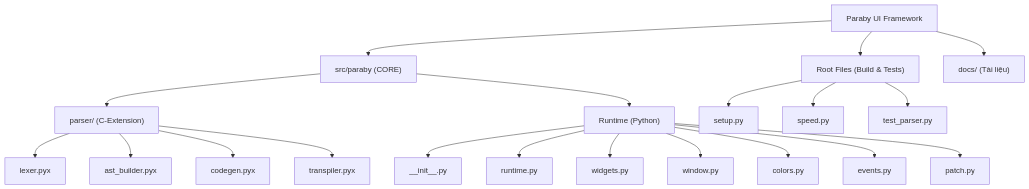
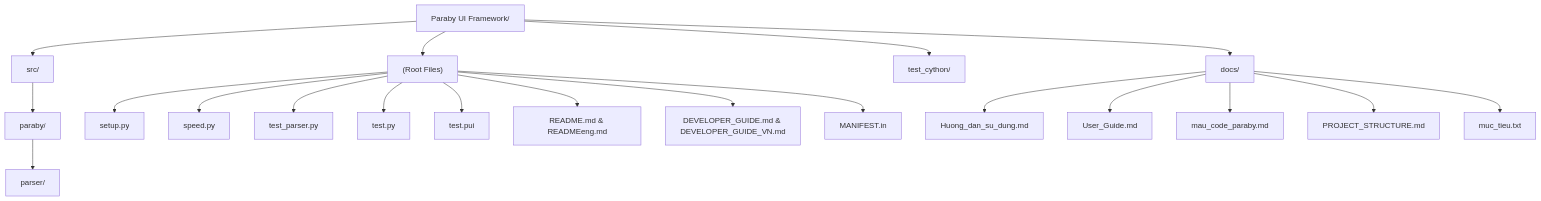
One commit to Nguyen-dev1506/Paraby-ui-framework changed the diagram in docs/PROJECT_STRUCTURE.md. Above: the diagram before and after it, drawn with Mermaid. The commit also changed other lines of this file, not shown here.

Commit message:
docs: Rewrite PROJECT_STRUCTURE.md to include all files with clickable links

````diff
--- a/docs/PROJECT_STRUCTURE.md
+++ b/docs/PROJECT_STRUCTURE.md
@@ -9,28 +9,29 @@
 ```mermaid
 graph TD
-    Root["Paraby UI Framework"]
+    Root["Paraby UI Framework/"]
     
-    Root --> Core["src/paraby (CORE)"]
-    Root --> Build["Root Files (Build & Tests)"]
-    Root --> Docs["docs/ (Tài liệu)"]
+    Root --> Core["src/"]
+    Root --> Docs["docs/"]
+    Root --> Tests["test_cython/"]
+    Root --> RootFiles["(Root Files)"]
     
-    Core --> Parser["parser/ (C-Extension)"]
-    Core --> Runtime["Runtime (Python)"]
+    Core --> paraby["paraby/"]
+    paraby --> parser["parser/"]
     
-    Parser --> lexer["lexer.pyx"]
-    Parser --> ast["ast_builder.pyx"]
-    Parser --> codegen["codegen.pyx"]
-    Parser --> transpiler["transpiler.pyx"]
+    %% Root Files
+    RootFiles --> setup["setup.py"]
+    RootFiles --> speed["speed.py"]
+    RootFiles --> testparser["test_parser.py"]
+    RootFiles --> testpy["test.py"]
+    RootFiles --> testpui["test.pui"]
+    RootFiles --> readme["README.md & READMEeng.md"]
+    RootFiles --> devguide["DEVELOPER_GUIDE.md & DEVELOPER_GUIDE_VN.md"]
+    RootFiles --> manifest["MANIFEST.in"]
     
-    Runtime --> init["__init__.py"]
-    Runtime --> runtime["runtime.py"]
-    Runtime --> widgets["widgets.py"]
-    Runtime --> window["window.py"]
-    Runtime --> colors["colors.py"]
-    Runtime --> events["events.py"]
-    Runtime --> patch["patch.py"]
-    
-    Build --> setup["setup.py"]
-    Build --> speed["speed.py"]
-    Build --> test_parser["test_parser.py"]
+    %% Docs
+    Docs --> hdsd["Huong_dan_su_dung.md"]
+    Docs --> ug["User_Guide.md"]
+    Docs --> mcp["mau_code_paraby.md"]
+    Docs --> ps["PROJECT_STRUCTURE.md"]
+    Docs --> muctieu["muc_tieu.txt"]
 ```
````
